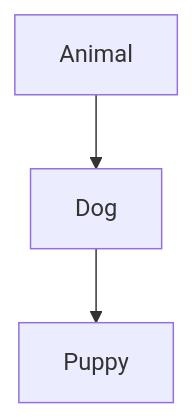
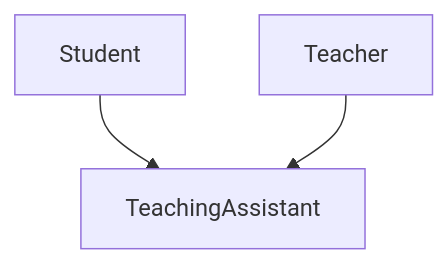
The second of 5 diagrams in modules/m4-object-oriented-programming/wk10-inheritance-and-polymorphism/4-types-of-inheritance.md (VishnuKumpati/KVCET_Year1_Content), drawn with Mermaid before and after one commit. The commit also changed other lines of this file and 14 other files, not shown here.

````diff
--- a/modules/m4-object-oriented-programming/wk10-inheritance-and-polymorphism/4-types-of-inheritance.md
+++ b/modules/m4-object-oriented-programming/wk10-inheritance-and-polymorphism/4-types-of-inheritance.md
@@ -41,5 +51,5 @@
 ```mermaid
 flowchart TD
-    A["Animal"] --> B["Dog"]
-    B --> C["Puppy"]
+    A["Student"] --> C["TeachingAssistant"]
+    B["Teacher"] --> C
 ```
````
